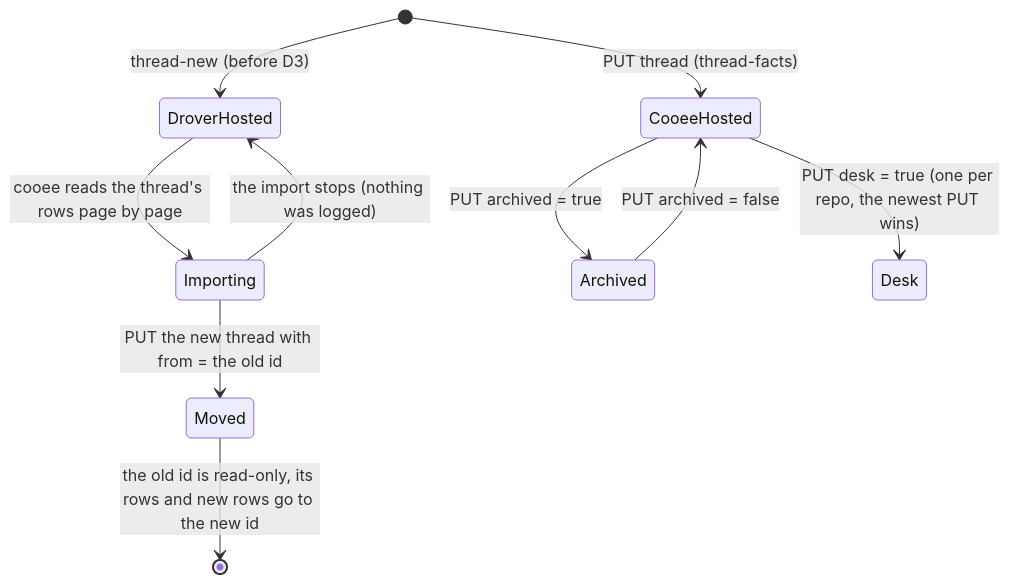
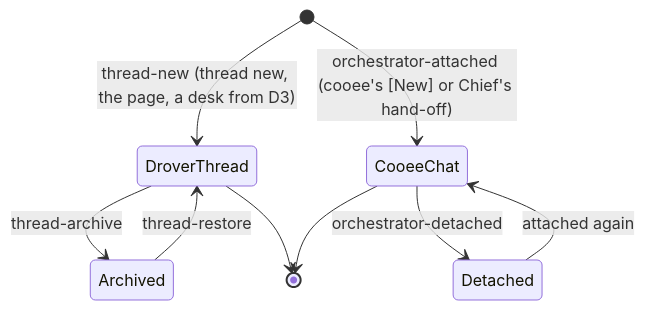
One commit to jirathip-dev/drover changed the second of 4 diagrams in docs/architecture/cooee-threads/boundaries.md. Above: the diagram before and after it, drawn with Mermaid. The commit also changed other lines of this file and 4 other files, not shown here.

Commit message:
architect: cooee's Orchestrator is a drover client, drover keeps its threads; two run paths, nothing moves (#1571)

````diff
--- a/docs/architecture/cooee-threads/boundaries.md
+++ b/docs/architecture/cooee-threads/boundaries.md
@@ -57,12 +58,11 @@
 ```mermaid
 stateDiagram-v2
-    [*] --> DroverHosted: thread-new (before D3)
-    [*] --> CooeeHosted: PUT thread (thread-facts)
-    DroverHosted --> Importing: cooee reads the thread's rows page by page
-    Importing --> DroverHosted: the import stops (nothing was logged)
-    Importing --> Moved: PUT the new thread with from = the old id
-    Moved --> [*]: the old id is read-only, its rows and new rows go to the new id
-    CooeeHosted --> Archived: PUT archived = true
-    Archived --> CooeeHosted: PUT archived = false
-    CooeeHosted --> Desk: PUT desk = true (one per repo, the newest PUT wins)
+    [*] --> DroverThread: thread-new (thread new, the page, a desk from D3)
+    [*] --> CooeeChat: orchestrator-attached (cooee's [New] or Chief's hand-off)
+    DroverThread --> Archived: thread-archive
+    Archived --> DroverThread: thread-restore
+    CooeeChat --> Detached: orchestrator-detached
+    Detached --> CooeeChat: attached again
+    DroverThread --> [*]
+    CooeeChat --> [*]
 ```
````
